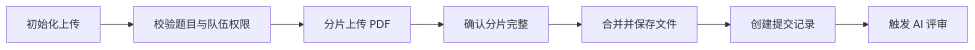
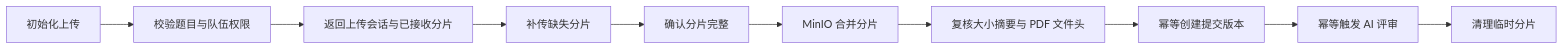
One commit to Dorian7Alden/LeetModel changed the first of 2 diagrams in docs/project/03-微服务设计/submission-service/论文提交/上传流程.md. Above: the diagram before and after it, drawn with Mermaid. The commit also changed other lines of this file and 6 other files, not shown here.

````diff
--- a/docs/project/03-微服务设计/submission-service/论文提交/上传流程.md
+++ b/docs/project/03-微服务设计/submission-service/论文提交/上传流程.md
@@ -3,9 +3,12 @@
 ```mermaid
 flowchart LR
     A[初始化上传] --> B[校验题目与队伍权限]
-    B --> C[分片上传 PDF]
-    C --> D[确认分片完整]
-    D --> E[合并并保存文件]
-    E --> F[创建提交记录]
-    F --> G[触发 AI 评审]
+    B --> C[返回上传会话与已接收分片]
+    C --> D[补传缺失分片]
+    D --> E[确认分片完整]
+    E --> F[MinIO 合并分片]
+    F --> G[复核大小摘要与 PDF 文件头]
+    G --> H[幂等创建提交版本]
+    H --> I[幂等触发 AI 评审]
+    I --> J[清理临时分片]
 ```
````
